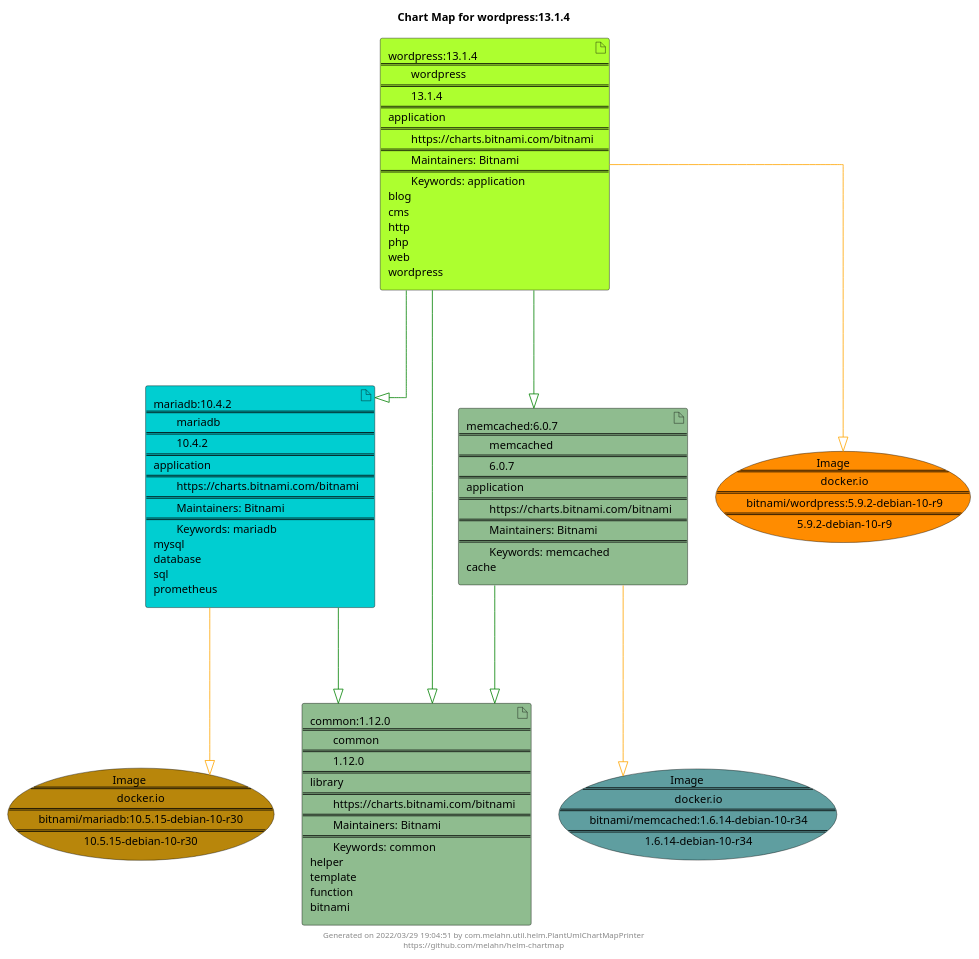
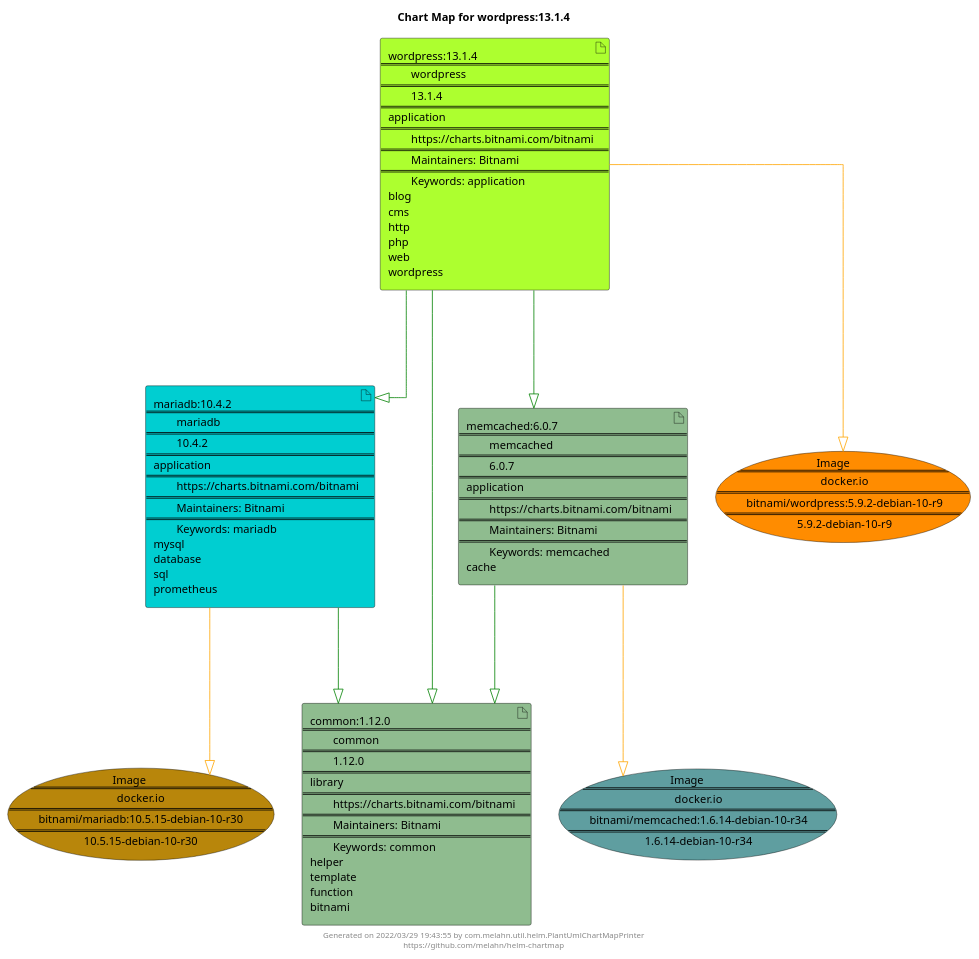
The diagram in docs/wordpress/wordpress-13.1.4.puml (melahn/helm-chartmap), drawn with PlantUML before and after one commit. The commit also changed 51 other files, not shown here.

Commit message:
Update Example Chart Maps as part of GitHub build

```diff
--- a/docs/wordpress/wordpress-13.1.4.puml
+++ b/docs/wordpress/wordpress-13.1.4.puml
@@ -1,33 +1,33 @@
 @startuml
 skinparam linetype ortho
 skinparam backgroundColor white
 skinparam usecaseBorderColor black
 skinparam usecaseArrowColor LightSlateGray
 skinparam artifactBorderColor black
 skinparam artifactArrowColor LightSlateGray
 
 title Chart Map for wordpress:13.1.4
 
 'There are 4 referenced Helm Charts
 artifact "wordpress:13.1.4\n====\n\twordpress\n====\n\t13.1.4\n====\napplication\n====\n\thttps://charts.bitnami.com/bitnami\n====\n\tMaintainers: Bitnami\n====\n\tKeywords: application\nblog\ncms\nhttp\nphp\nweb\nwordpress" as wordpress_13_1_4 #GreenYellow
 artifact "mariadb:10.4.2\n====\n\tmariadb\n====\n\t10.4.2\n====\napplication\n====\n\thttps://charts.bitnami.com/bitnami\n====\n\tMaintainers: Bitnami\n====\n\tKeywords: mariadb\nmysql\ndatabase\nsql\nprometheus" as mariadb_10_4_2 #DarkTurquoise
 artifact "memcached:6.0.7\n====\n\tmemcached\n====\n\t6.0.7\n====\napplication\n====\n\thttps://charts.bitnami.com/bitnami\n====\n\tMaintainers: Bitnami\n====\n\tKeywords: memcached\ncache" as memcached_6_0_7 #DarkSeaGreen
 artifact "common:1.12.0\n====\n\tcommon\n====\n\t1.12.0\n====\nlibrary\n====\n\thttps://charts.bitnami.com/bitnami\n====\n\tMaintainers: Bitnami\n====\n\tKeywords: common\nhelper\ntemplate\nfunction\nbitnami" as common_1_12_0 #DarkSeaGreen
 
 'There are 3 referenced Docker Images
 usecase "Image\n====\n\tdocker.io\n====\n\tbitnami/mariadb:10.5.15-debian-10-r30\n====\n\t10.5.15-debian-10-r30" as docker_io_bitnami_mariadb_10_5_15_debian_10_r30 #DarkGoldenRod
 usecase "Image\n====\n\tdocker.io\n====\n\tbitnami/memcached:1.6.14-debian-10-r34\n====\n\t1.6.14-debian-10-r34" as docker_io_bitnami_memcached_1_6_14_debian_10_r34 #CadetBlue
 usecase "Image\n====\n\tdocker.io\n====\n\tbitnami/wordpress:5.9.2-debian-10-r9\n====\n\t5.9.2-debian-10-r9" as docker_io_bitnami_wordpress_5_9_2_debian_10_r9 #Darkorange
 
 'Chart Dependencies
 wordpress_13_1_4--[#green]-|>mariadb_10_4_2
 mariadb_10_4_2--[#green]-|>common_1_12_0
 wordpress_13_1_4--[#green]-|>memcached_6_0_7
 memcached_6_0_7--[#green]-|>common_1_12_0
 wordpress_13_1_4--[#green]-|>common_1_12_0
 wordpress_13_1_4--[#orange]-|>docker_io_bitnami_wordpress_5_9_2_debian_10_r9
 mariadb_10_4_2--[#orange]-|>docker_io_bitnami_mariadb_10_5_15_debian_10_r30
 memcached_6_0_7--[#orange]-|>docker_io_bitnami_memcached_1_6_14_debian_10_r34
 
-center footer Generated on 2022/03/29 19:04:51 by com.melahn.util.helm.PlantUmlChartMapPrinter\nhttps://github.com/melahn/helm-chartmap
+center footer Generated on 2022/03/29 19:43:55 by com.melahn.util.helm.PlantUmlChartMapPrinter\nhttps://github.com/melahn/helm-chartmap
 @enduml
```
